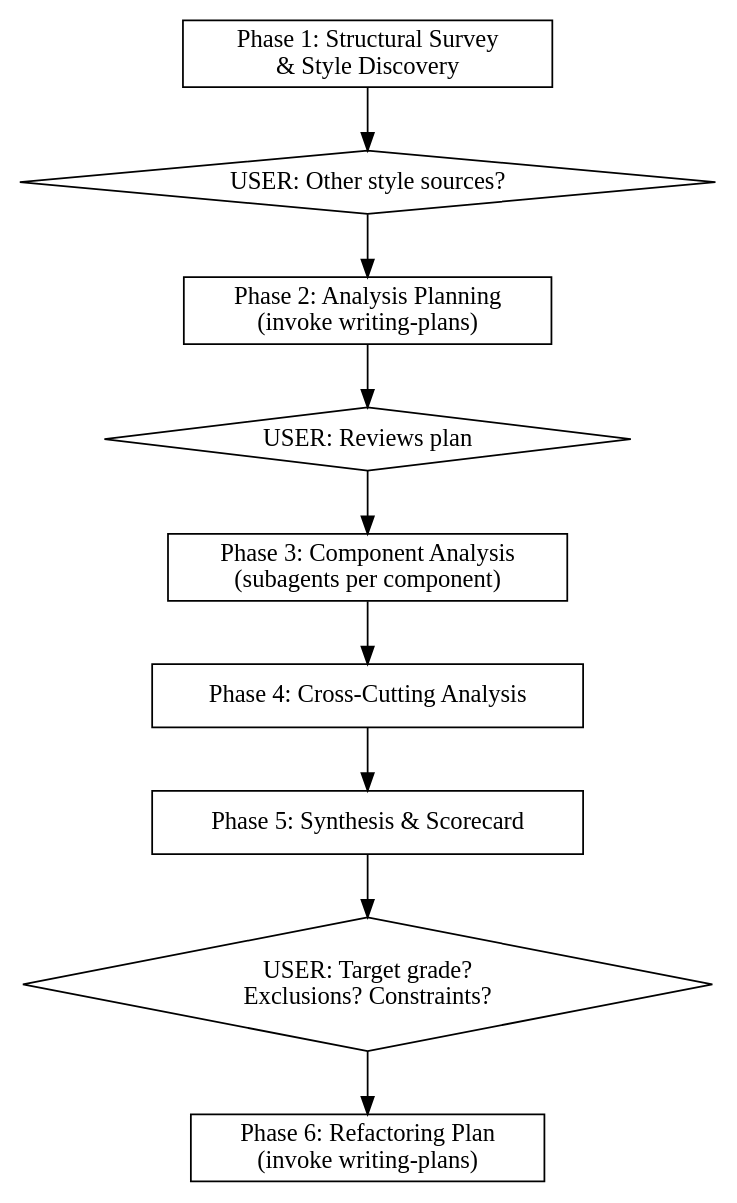
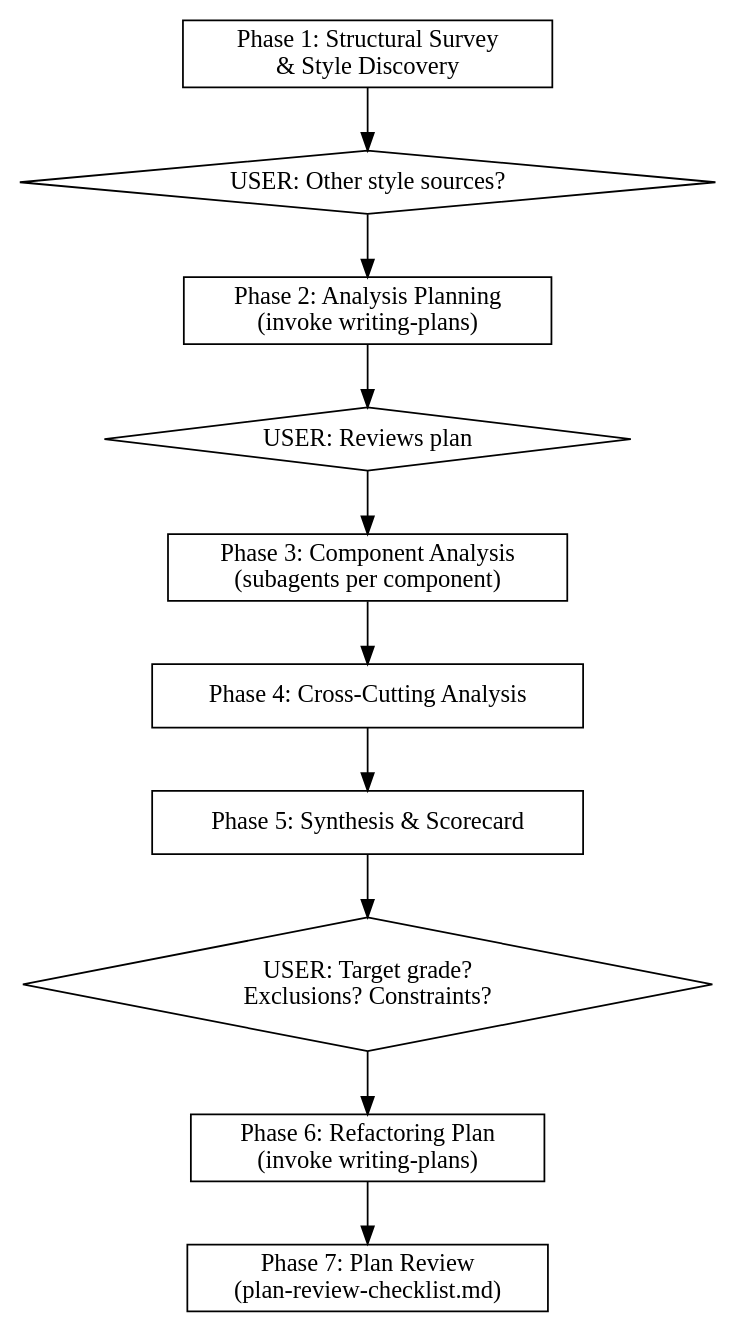
One commit to Meyer-For-Hire/agents4hire changed the diagram in skills/well-factored-code-auditor/SKILL.md. Above: the diagram before and after it, drawn with Graphviz. The commit also changed other lines of this file and 1 other file, not shown here.

Commit message:
feat: add Phase 7 plan review checklist for refactoring plans
Adds a post-planning review phase that catches coverage gaps,
underspecified tasks, missing safety measures, and ordering issues
before handing off for execution. Triggers on plans with 15+ tasks,
low-graded components, god-object extraction, or fragile code.

````diff
--- a/skills/well-factored-code-auditor/SKILL.md
+++ b/skills/well-factored-code-auditor/SKILL.md
@@ -32,16 +32,17 @@
 ```dot
 digraph audit {
   rankdir=TB;
   node [shape=box];
   P1 [label="Phase 1: Structural Survey\n& Style Discovery"];
   U1 [label="USER: Other style sources?" shape=diamond];
   P2 [label="Phase 2: Analysis Planning\n(invoke writing-plans)"];
   U2 [label="USER: Reviews plan" shape=diamond];
   P3 [label="Phase 3: Component Analysis\n(subagents per component)"];
   P4 [label="Phase 4: Cross-Cutting Analysis"];
   P5 [label="Phase 5: Synthesis & Scorecard"];
   U3 [label="USER: Target grade?\nExclusions? Constraints?" shape=diamond];
   P6 [label="Phase 6: Refactoring Plan\n(invoke writing-plans)"];
-  P1 -> U1 -> P2 -> U2 -> P3 -> P4 -> P5 -> U3 -> P6;
+  P7 [label="Phase 7: Plan Review\n(plan-review-checklist.md)"];
+  P1 -> U1 -> P2 -> U2 -> P3 -> P4 -> P5 -> U3 -> P6 -> P7;
 }
 ```
````
